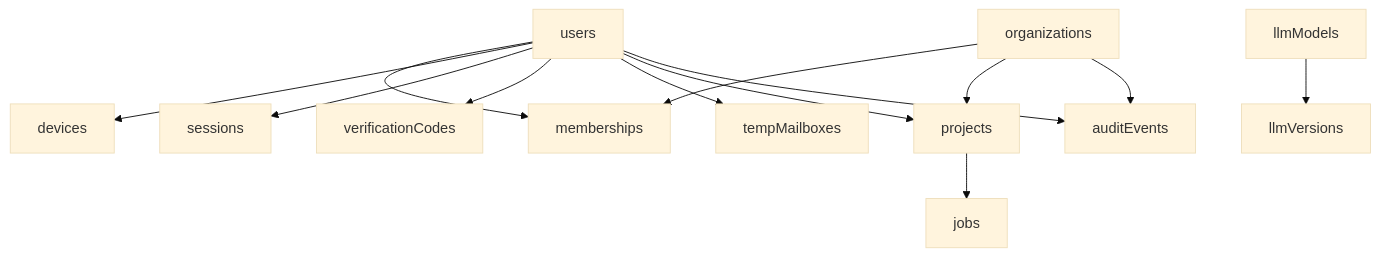
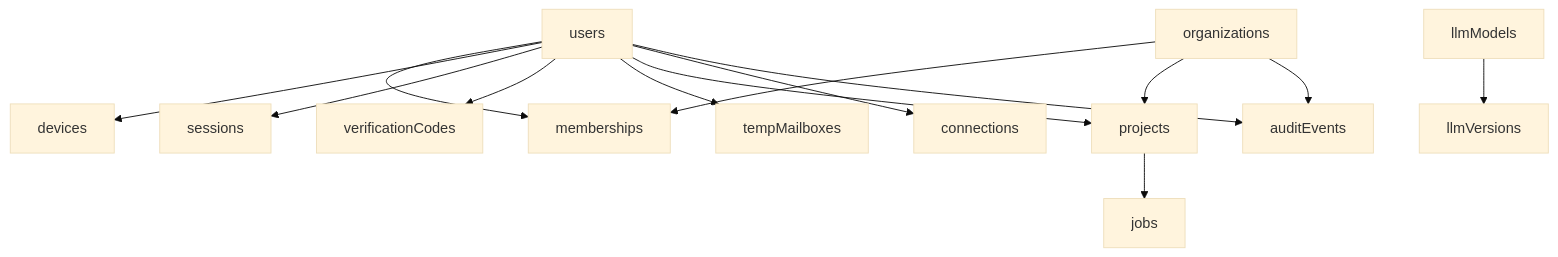
The first of 2 diagrams in docs/database.md (emrahyasinisik/Cherry), drawn with Mermaid (base theme) before and after one commit. The commit also changed other lines of this file and 6 other files, not shown here.

````diff
--- a/docs/database.md
+++ b/docs/database.md
@@ -11,27 +11,29 @@
 ```mermaid
 flowchart TB
   users[users]
   orgs[organizations]
   members[memberships]
   devices[devices]
   sessions[sessions]
   codes[verificationCodes]
   mail[tempMailboxes]
   projects[projects]
   jobs[jobs]
+  conns[connections]
   models[llmModels]
   versions[llmVersions]
   audit[auditEvents]
   users --> members
   orgs --> members
   users --> devices
   users --> sessions
   users --> codes
   users --> mail
   users --> projects
+  users --> conns
   orgs --> projects
   projects --> jobs
   models --> versions
   users --> audit
   orgs --> audit
 ```
````
